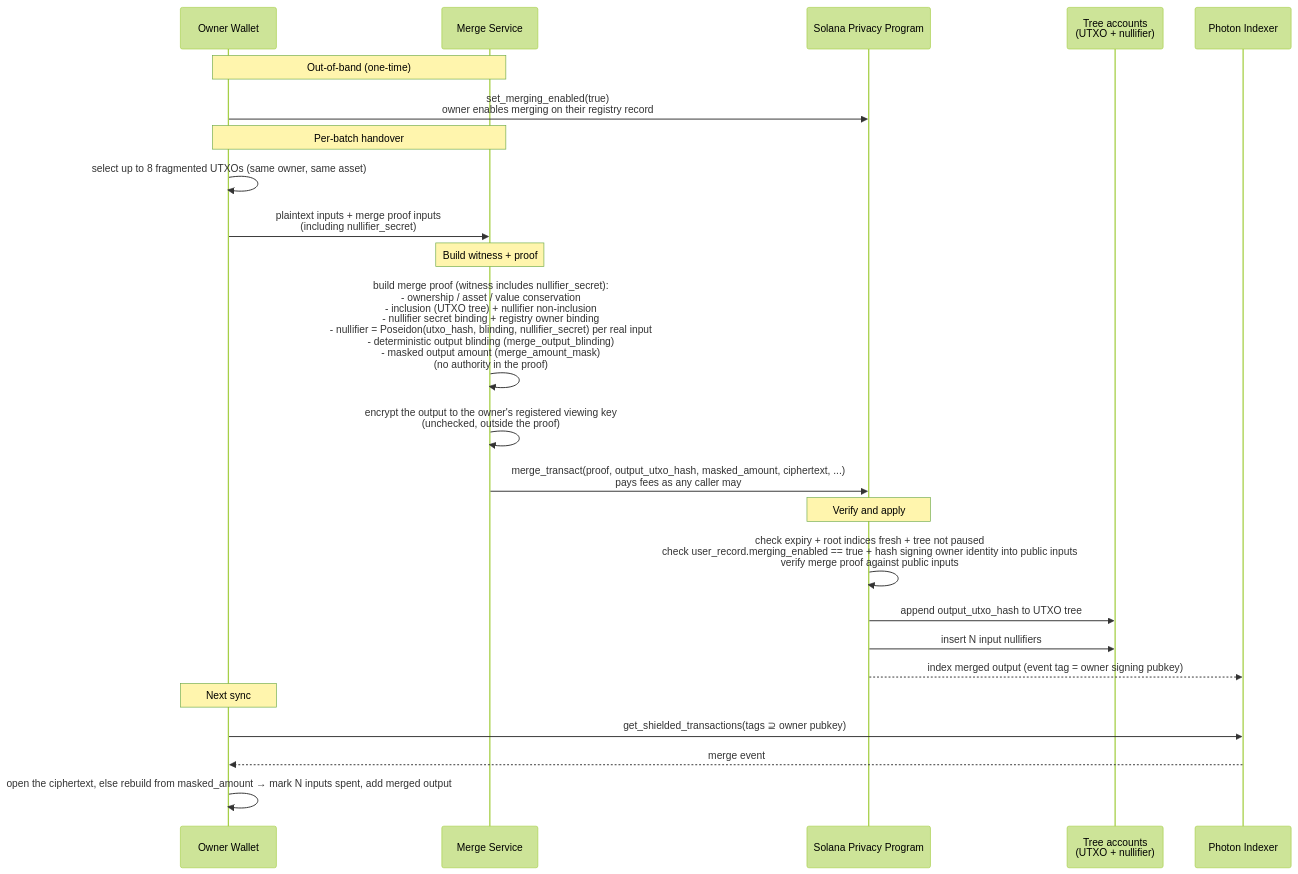
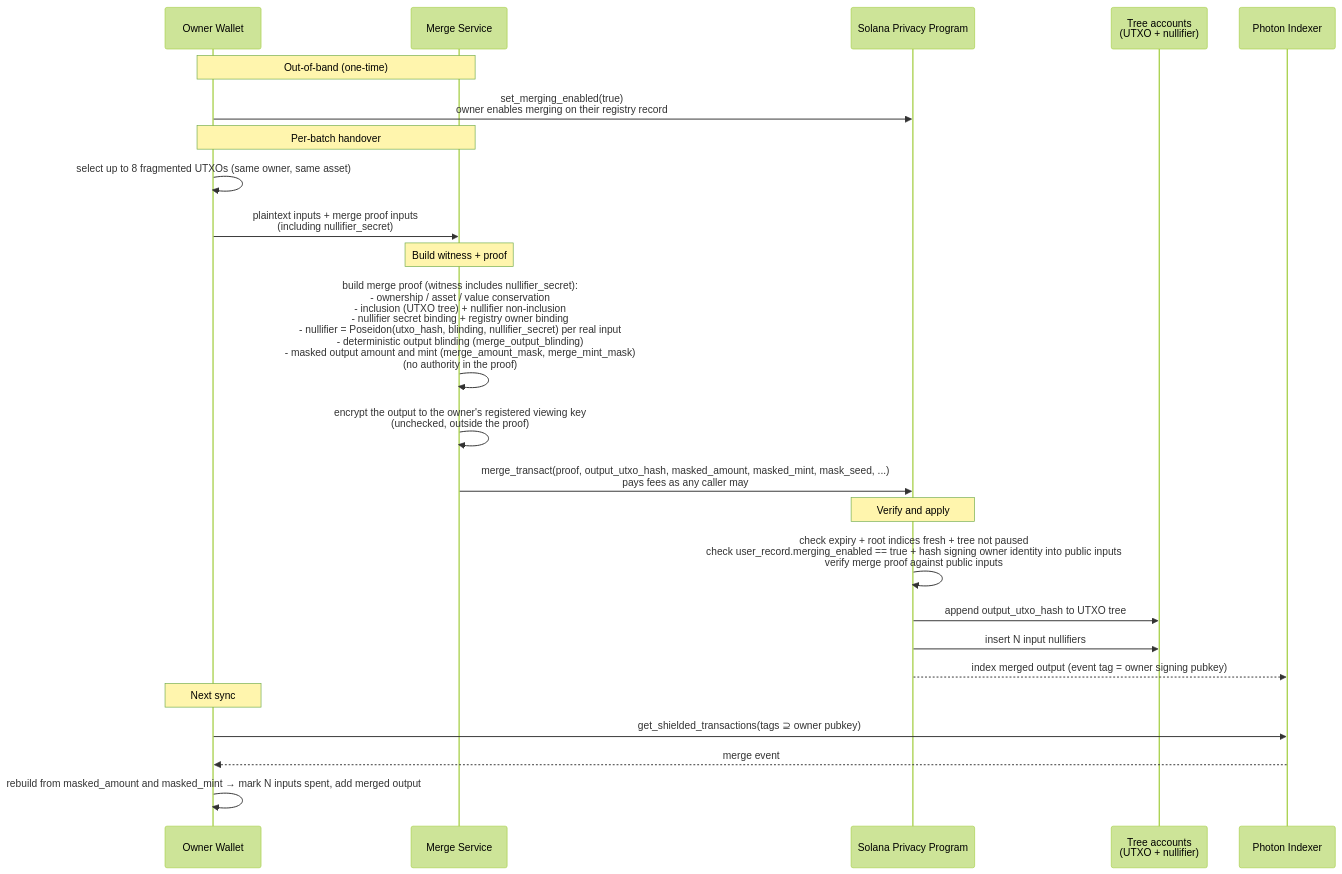
The fifth of 5 diagrams in docs/spec.md (helius-labs/zolana), drawn with Mermaid (forest theme) before and after one commit. The commit also changed other lines of this file and 113 other files, not shown here.

First line of the commit message:
feat(protocol): mask the merge output mint and drop the merge ciphertext

````diff
--- a/docs/spec.md
+++ b/docs/spec.md
@@ -2884,31 +2896,31 @@
 ```mermaid
 sequenceDiagram
     participant Wallet as Owner Wallet
     participant Merge as Merge Service
     participant SPP as Solana Privacy Program
     participant Trees as Tree accounts<br/>(UTXO + nullifier)
     participant Indexer as Photon Indexer
 
     Note over Merge,Wallet: Out-of-band (one-time)
     Wallet->>SPP: set_merging_enabled(true)<br/>owner enables merging on their registry record
 
     Note over Wallet,Merge: Per-batch handover
     Wallet->>Wallet: select up to 8 fragmented UTXOs (same owner, same asset)
     Wallet->>Merge: plaintext inputs + merge proof inputs<br/>(including nullifier_secret)
 
     Note over Merge: Build witness + proof
-    Merge->>Merge: build merge proof (witness includes nullifier_secret):<br/>- ownership / asset / value conservation<br/>- inclusion (UTXO tree) + nullifier non-inclusion<br/>- nullifier secret binding + registry owner binding<br/>- nullifier = Poseidon(utxo_hash, blinding, nullifier_secret) per real input<br/>- deterministic output blinding (merge_output_blinding)<br/>- masked output amount (merge_amount_mask)<br/>(no authority in the proof)
+    Merge->>Merge: build merge proof (witness includes nullifier_secret):<br/>- ownership / asset / value conservation<br/>- inclusion (UTXO tree) + nullifier non-inclusion<br/>- nullifier secret binding + registry owner binding<br/>- nullifier = Poseidon(utxo_hash, blinding, nullifier_secret) per real input<br/>- deterministic output blinding (merge_output_blinding)<br/>- masked output amount and mint (merge_amount_mask, merge_mint_mask)<br/>(no authority in the proof)
     Merge->>Merge: encrypt the output to the owner's registered viewing key<br/>(unchecked, outside the proof)
-    Merge->>SPP: merge_transact(proof, output_utxo_hash, masked_amount, ciphertext, ...)<br/>pays fees as any caller may
+    Merge->>SPP: merge_transact(proof, output_utxo_hash, masked_amount, masked_mint, mask_seed, ...)<br/>pays fees as any caller may
 
     Note over SPP: Verify and apply
     SPP->>SPP: check expiry + root indices fresh + tree not paused<br/>check user_record.merging_enabled == true + hash signing owner identity into public inputs<br/>verify merge proof against public inputs
     SPP->>Trees: append output_utxo_hash to UTXO tree
     SPP->>Trees: insert N input nullifiers
     SPP-->>Indexer: index merged output (event tag = owner signing pubkey)
 
     Note over Wallet: Next sync
     Wallet->>Indexer: get_shielded_transactions(tags ⊇ owner pubkey)
     Indexer-->>Wallet: merge event
-    Wallet->>Wallet: open the ciphertext, else rebuild from masked_amount → mark N inputs spent, add merged output
+    Wallet->>Wallet: rebuild from masked_amount and masked_mint → mark N inputs spent, add merged output
 ```
````
